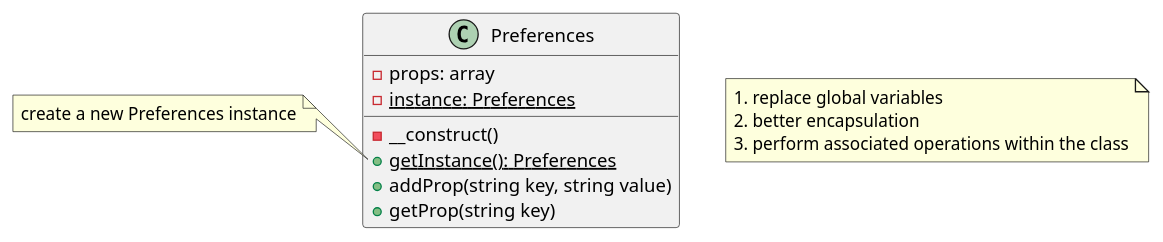
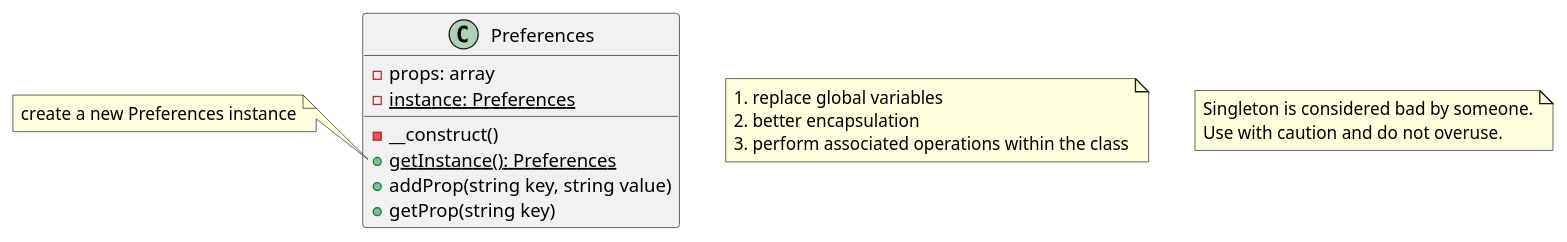
Before and after one commit to aspirantzhang/learning-design-pattern: the diagram in generating-objects/singleton/uml.wsd, drawn with PlantUML. The commit also changed 1 other file, not shown here.

Commit message:
feat: add caution for singleton

```diff
--- a/generating-objects/singleton/uml.wsd
+++ b/generating-objects/singleton/uml.wsd
@@ -1,21 +1,26 @@
 @startuml Singleton
 class Preferences {
     -props: array
     -{static} instance: Preferences
     -__construct()
     +{static} getInstance(): Preferences
     +addProp(string key, string value)
     +getProp(string key)
 }
 
 note left of Preferences::"getInstance()"
     create a new Preferences instance
 end note
 
 note as n1
     1. replace global variables
     2. better encapsulation
     3. perform associated operations within the class
 end note
 
+note as n2
+    Singleton is considered bad by someone.
+    Use with caution and do not overuse.
+end note
+
 @enduml
```
